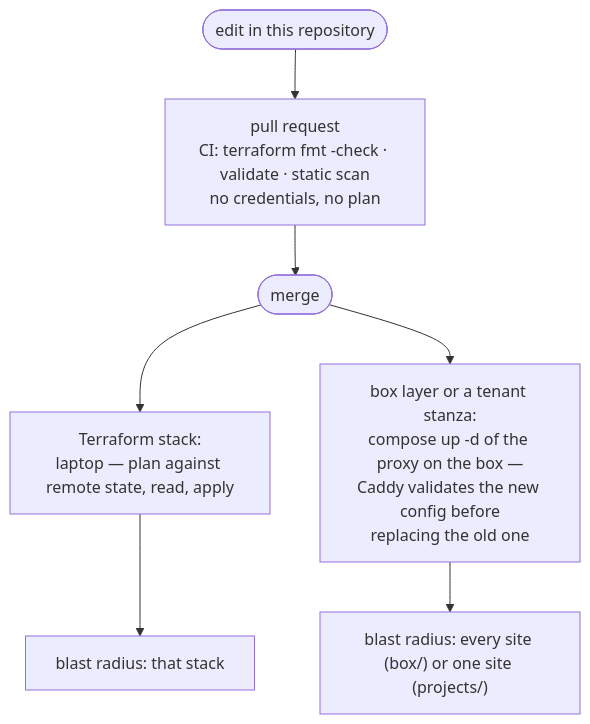
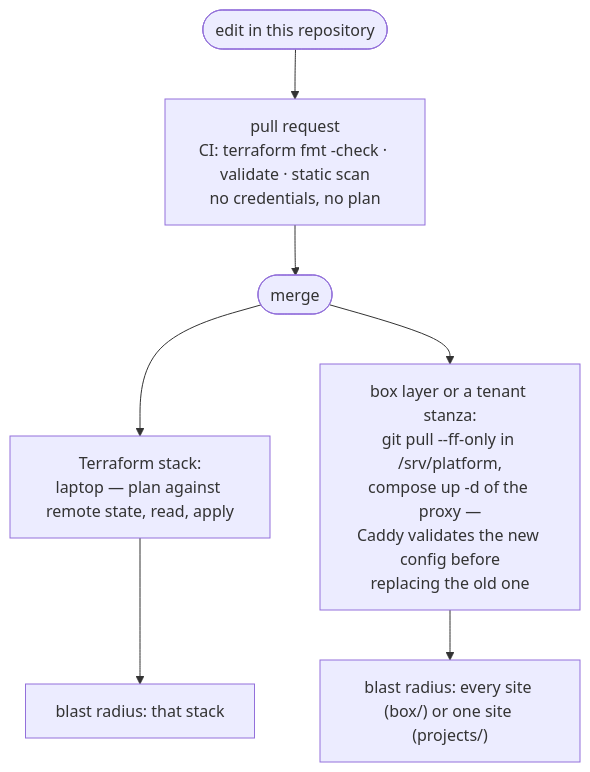
One commit to arda-basarici/platform changed the third of 3 diagrams in ARCHITECTURE.md. Above: the diagram before and after it, drawn with Mermaid. The commit also changed other lines of this file and 17 other files, not shown here.

````diff
--- a/ARCHITECTURE.md
+++ b/ARCHITECTURE.md
@@ -118,16 +118,17 @@
 ```mermaid
 %%{init: {"flowchart": {"diagramPadding": 150}}}%%
 flowchart TD
     EDIT([edit in this repository]) --> PR["`pull request
     CI: terraform fmt -check · validate · static scan
     no credentials, no plan`"]
     PR --> MERGE([merge])
     MERGE --> TF["`Terraform stack:
     laptop — plan against remote state, read, apply`"]
     MERGE --> BOX["`box layer or a tenant stanza:
-    compose up -d of the proxy on the box —
+    git pull --ff-only in /srv/platform,
+    compose up -d of the proxy —
     Caddy validates the new config before
     replacing the old one`"]
     TF --> R1["blast radius: that stack"]
     BOX --> R2["blast radius: every site (box/) or one site (projects/)"]
 ```
````
